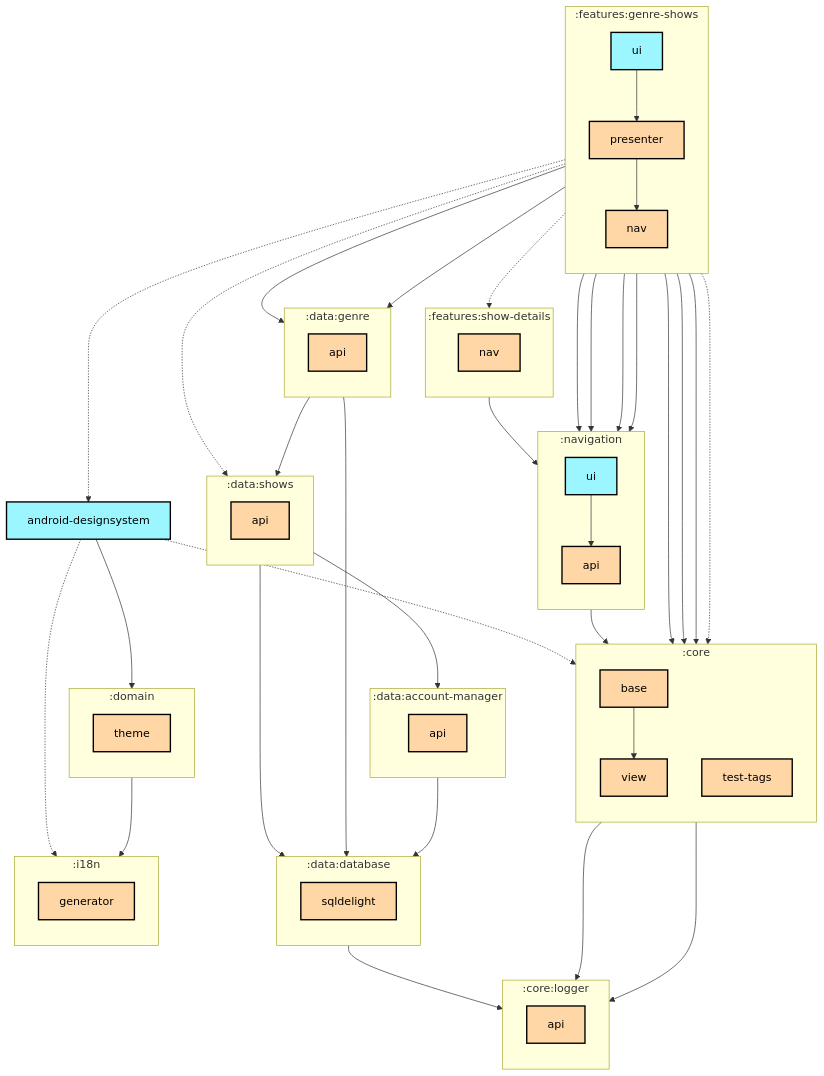
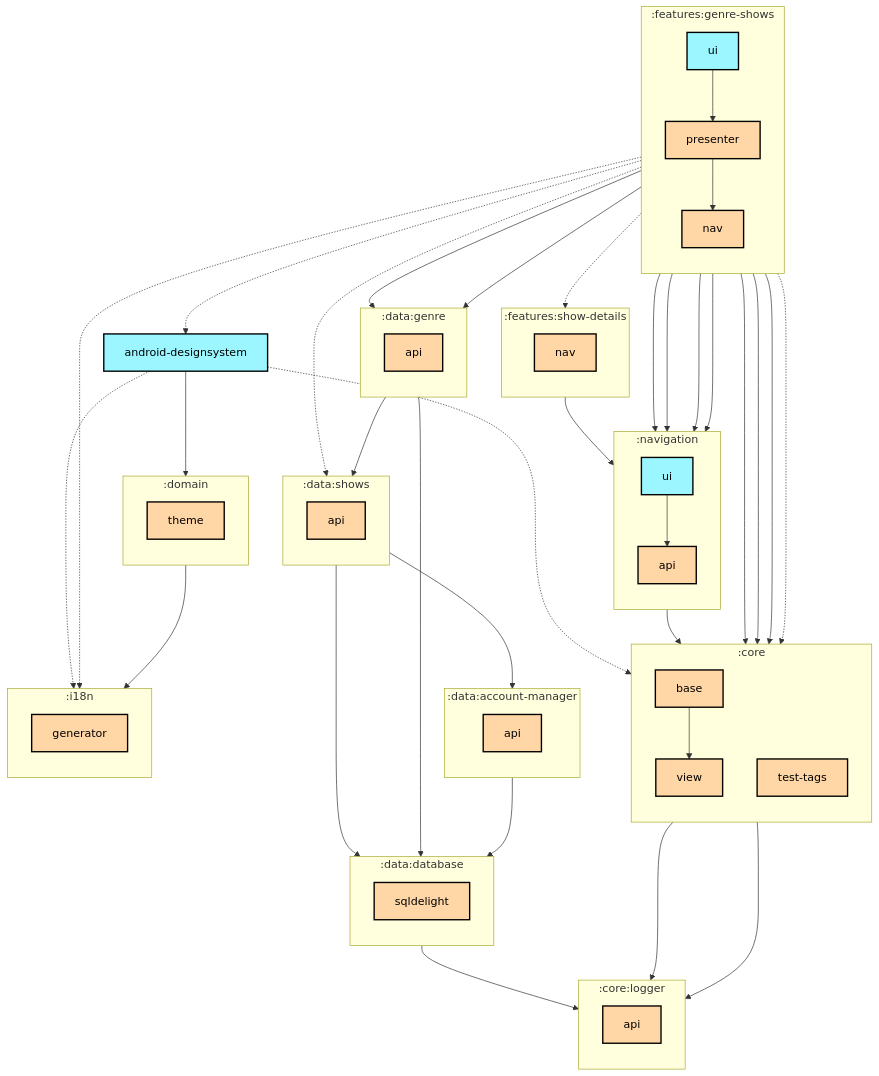
One commit to thomaskioko/tv-maniac changed the first of 2 diagrams in features/genre-shows/ui/README.md. Above: the diagram before and after it, drawn with Mermaid. The commit also changed 1 other file, not shown here.

Commit message:
Update module graph dependencies for the Genre Shows UI module

```diff
--- a/features/genre-shows/ui/README.md
+++ b/features/genre-shows/ui/README.md
@@ -82,6 +82,7 @@
   :features:genre-shows:ui --> :core:base
   :features:genre-shows:ui -.-> :core:test-tags
   :features:genre-shows:ui --> :features:genre-shows:presenter
+  :features:genre-shows:ui -.-> :i18n:generator
   :features:genre-shows:ui --> :navigation:api
   :features:genre-shows:ui --> :navigation:ui
   :features:show-details:nav --> :navigation:api
```
